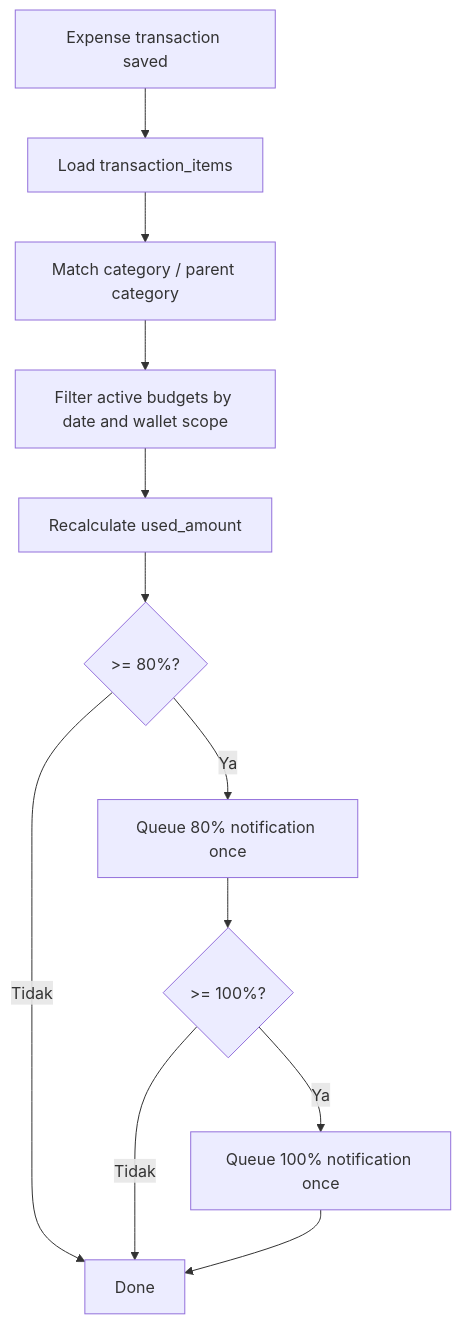
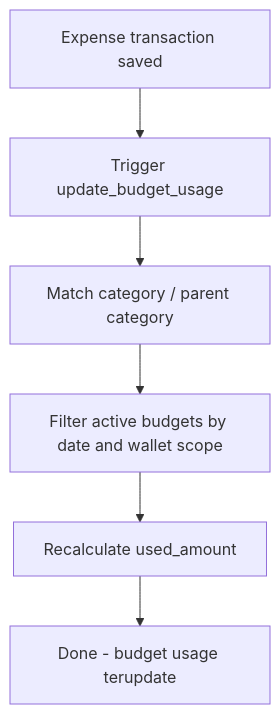
One commit to achyusuf10/Saku-Rapi-Mobile changed the eighth of 9 diagrams in docs/01_PRD.md. Above: the diagram before and after it, drawn with Mermaid. The commit also changed other lines of this file and 34 other files, not shown here.

````diff
--- a/docs/01_PRD.md
+++ b/docs/01_PRD.md
@@ -253,14 +303,8 @@
 ```mermaid
 flowchart TD
-    A[Expense transaction saved] --> B[Load transaction_items]
+    A[Expense transaction saved] --> B[Trigger update_budget_usage]
     B --> C[Match category / parent category]
     C --> D[Filter active budgets by date and wallet scope]
     D --> E[Recalculate used_amount]
-    E --> F{>= 80%?}
-    F -->|Ya| G[Queue 80% notification once]
-    F -->|Tidak| I[Done]
-    G --> H{>= 100%?}
-    H -->|Ya| J[Queue 100% notification once]
-    H -->|Tidak| I
-    J --> I
+    E --> F[Done - budget usage terupdate]
 ```
````
